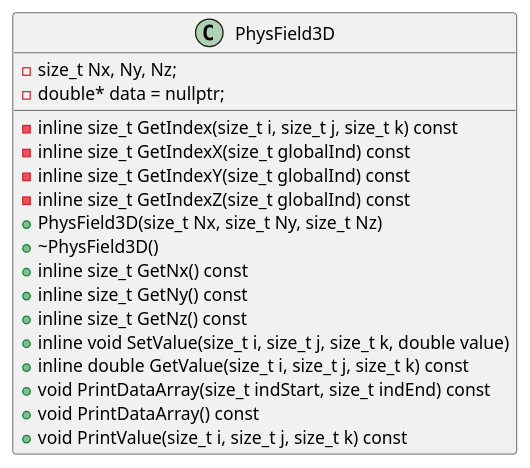
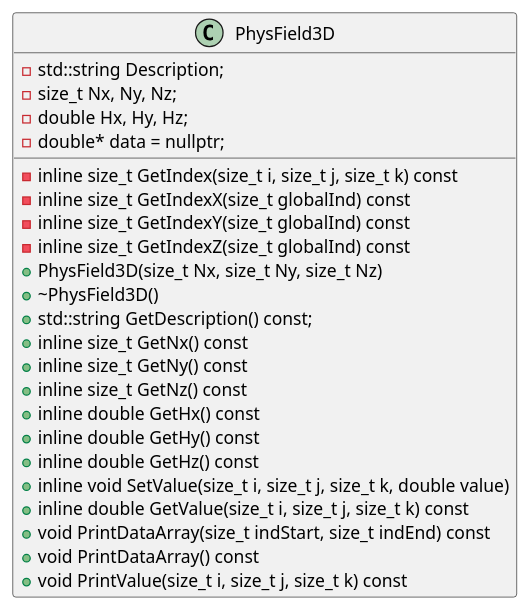
The diagram in PhysField3D/class-diagram-phys-phield.puml (LitvinovVN/MathModAndPP), drawn with PlantUML before and after one commit. The commit also changed 6 other files, not shown here.

```diff
--- a/PhysField3D/class-diagram-phys-phield.puml
+++ b/PhysField3D/class-diagram-phys-phield.puml
@@ -1,23 +1,29 @@
-@startuml
+@startuml PhysField3D
 
 class PhysField3D
 {
+    - std::string Description;
     - size_t Nx, Ny, Nz;
+    - double Hx, Hy, Hz;
     - double* data = nullptr;
     - inline size_t GetIndex(size_t i, size_t j, size_t k) const
     - inline size_t GetIndexX(size_t globalInd) const
     - inline size_t GetIndexY(size_t globalInd) const
     - inline size_t GetIndexZ(size_t globalInd) const    
     + PhysField3D(size_t Nx, size_t Ny, size_t Nz)
     + ~PhysField3D()
+    + std::string GetDescription() const;
     + inline size_t GetNx() const
     + inline size_t GetNy() const
     + inline size_t GetNz() const
+    + inline double GetHx() const
+    + inline double GetHy() const
+    + inline double GetHz() const
     + inline void SetValue(size_t i, size_t j, size_t k, double value)
     + inline double GetValue(size_t i, size_t j, size_t k) const
     + void PrintDataArray(size_t indStart, size_t indEnd) const
     + void PrintDataArray() const
     + void PrintValue(size_t i, size_t j, size_t k) const
 }
 
 @enduml
```
